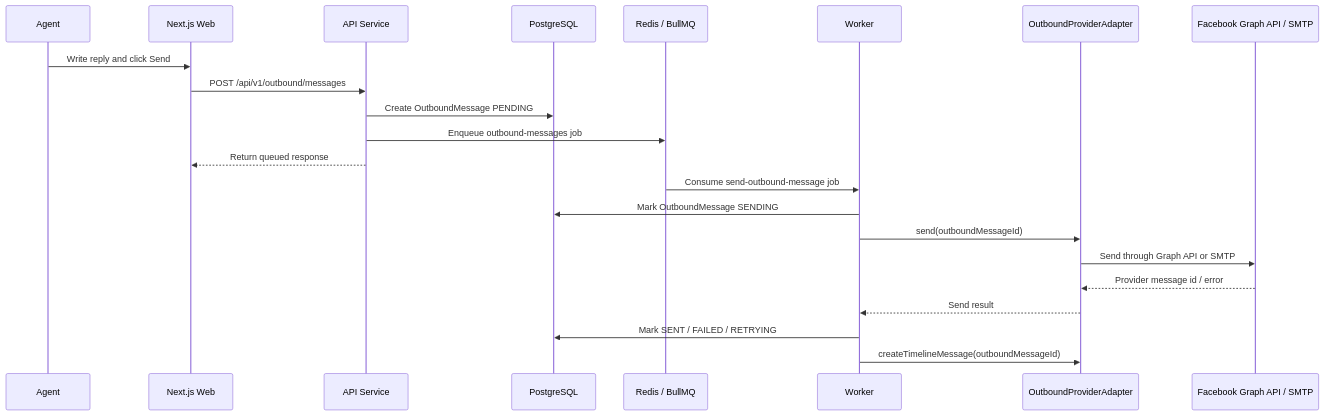
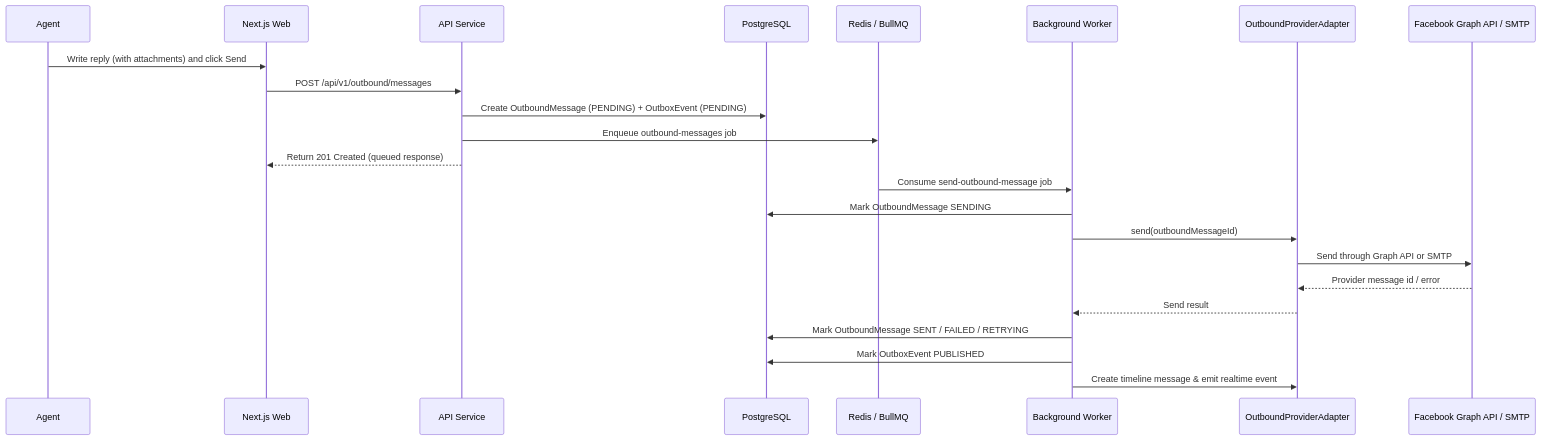
The fourth of 6 diagrams in README.md (tbnguyen274/omnidesk), drawn with Mermaid before and after one commit. The commit also changed other lines of this file and 8 other files, not shown here.

````diff
--- a/README.md
+++ b/README.md
@@ -153,25 +130,26 @@
 ```mermaid
 sequenceDiagram
     participant Agent
     participant Web as Next.js Web
     participant API as API Service
     participant DB as PostgreSQL
     participant Q as Redis / BullMQ
-    participant Worker
+    participant Worker as Background Worker
     participant Adapter as OutboundProviderAdapter
     participant Provider as Facebook Graph API / SMTP
 
-    Agent->>Web: Write reply and click Send
+    Agent->>Web: Write reply (with attachments) and click Send
     Web->>API: POST /api/v1/outbound/messages
-    API->>DB: Create OutboundMessage PENDING
+    API->>DB: Create OutboundMessage (PENDING) + OutboxEvent (PENDING)
     API->>Q: Enqueue outbound-messages job
-    API-->>Web: Return queued response
+    API-->>Web: Return 201 Created (queued response)
     Q->>Worker: Consume send-outbound-message job
     Worker->>DB: Mark OutboundMessage SENDING
     Worker->>Adapter: send(outboundMessageId)
     Adapter->>Provider: Send through Graph API or SMTP
     Provider-->>Adapter: Provider message id / error
     Adapter-->>Worker: Send result
-    Worker->>DB: Mark SENT / FAILED / RETRYING
-    Worker->>Adapter: createTimelineMessage(outboundMessageId)
+    Worker->>DB: Mark OutboundMessage SENT / FAILED / RETRYING
+    Worker->>DB: Mark OutboxEvent PUBLISHED
+    Worker->>Adapter: Create timeline message & emit realtime event
 ```
````
